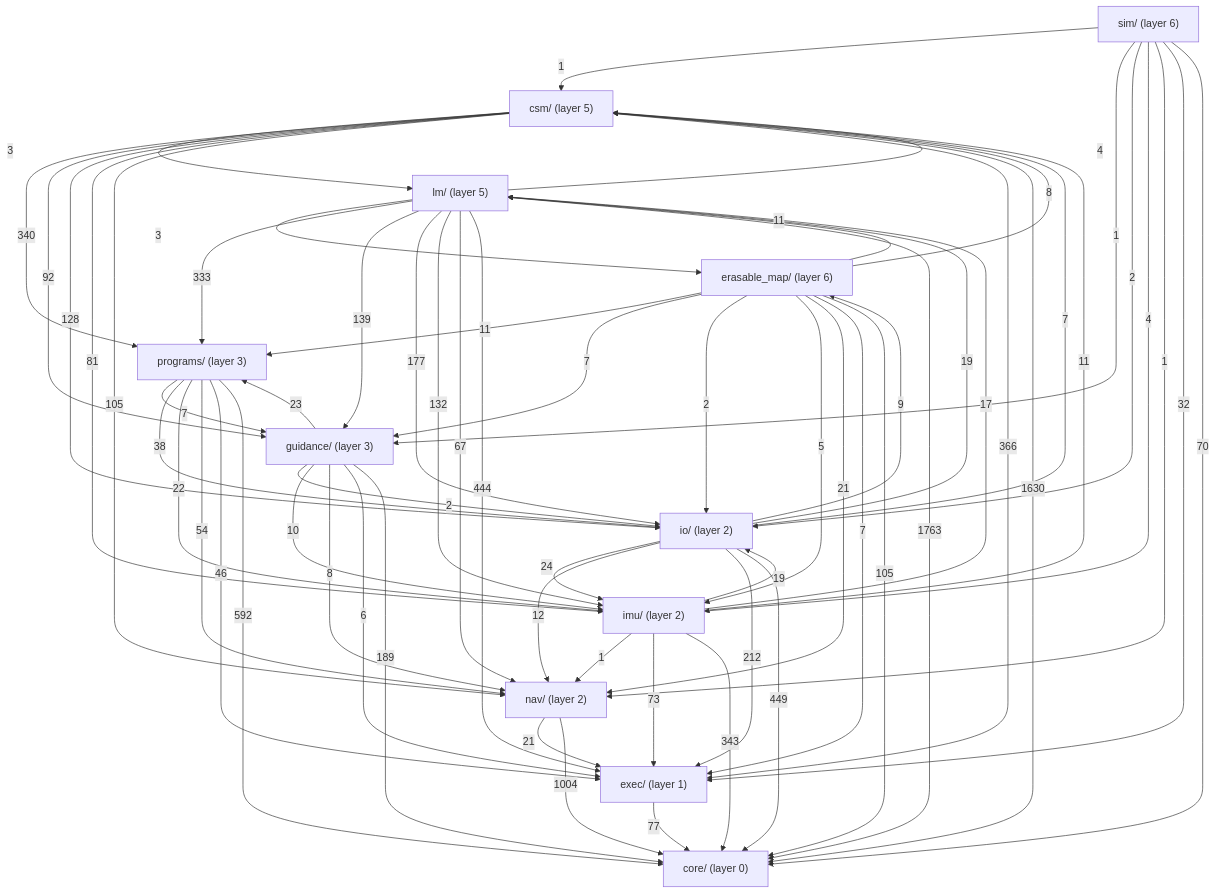
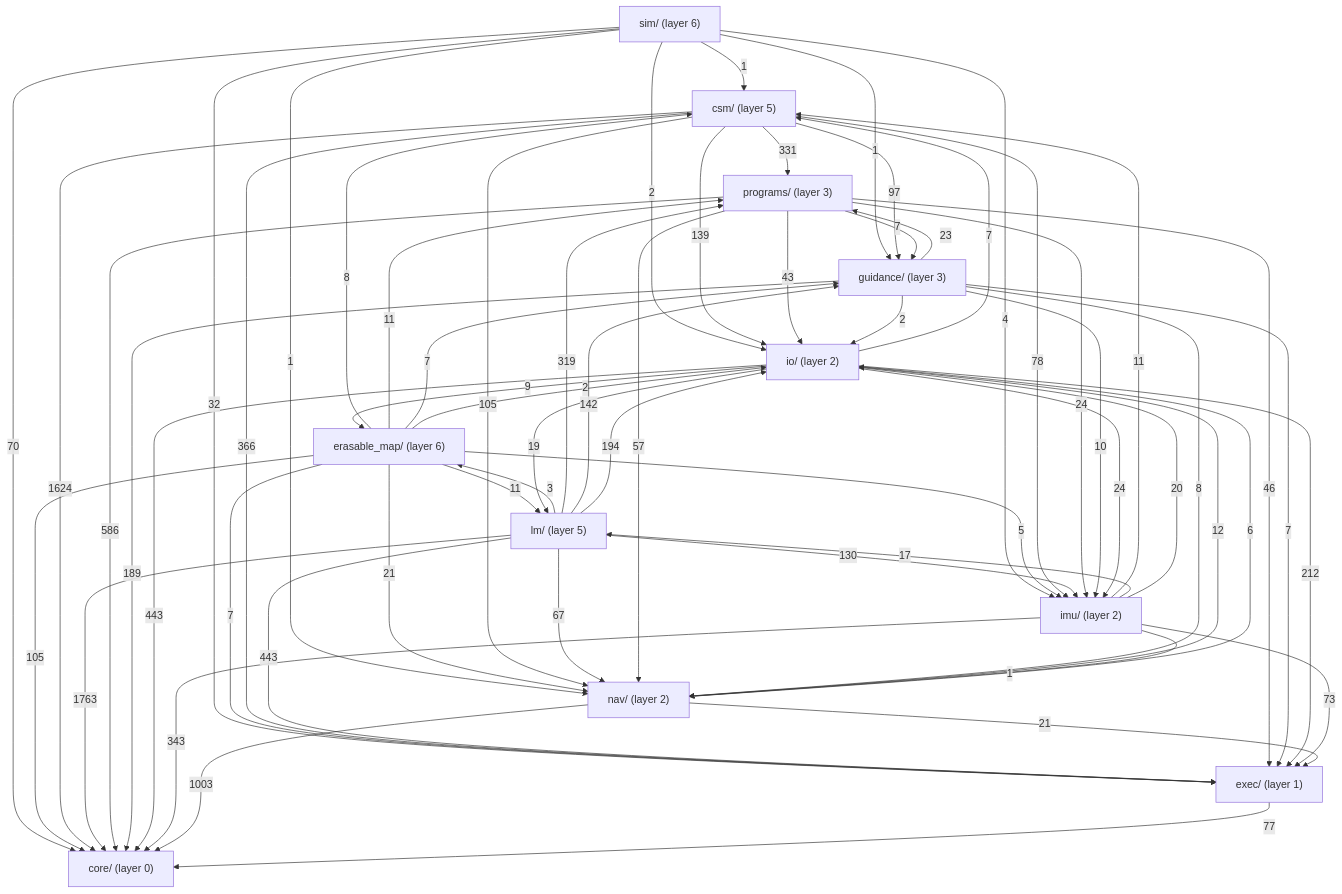
The second of 5 diagrams in docs/overview/README.md (bobjoe400/apollo-c), drawn with Mermaid before and after one commit. The commit also changed other lines of this file and 154 other files, not shown here.

````diff
--- a/docs/overview/README.md
+++ b/docs/overview/README.md
@@ -309,75 +309,74 @@
 ```mermaid
 flowchart TB
     sim["sim/ (layer 6)"]
     erasable_map["erasable_map/ (layer 6)"]
     csm["csm/ (layer 5)"]
     lm["lm/ (layer 5)"]
     programs["programs/ (layer 3)"]
     guidance["guidance/ (layer 3)"]
     io["io/ (layer 2)"]
     imu["imu/ (layer 2)"]
     nav["nav/ (layer 2)"]
     exec["exec/ (layer 1)"]
     core["core/ (layer 0)"]
     sim -->|1| csm
     sim -->|1| guidance
     sim -->|2| io
     sim -->|4| imu
     sim -->|1| nav
     sim -->|32| exec
     sim -->|70| core
     erasable_map -->|8| csm
     erasable_map -->|11| lm
     erasable_map -->|11| programs
     erasable_map -->|7| guidance
     erasable_map -->|2| io
     erasable_map -->|5| imu
     erasable_map -->|21| nav
     erasable_map -->|7| exec
     erasable_map -->|105| core
-    csm -->|3| lm
-    csm -->|340| programs
-    csm -->|92| guidance
-    csm -->|128| io
-    csm -->|81| imu
+    csm -->|331| programs
+    csm -->|97| guidance
+    csm -->|139| io
+    csm -->|78| imu
     csm -->|105| nav
     csm -->|366| exec
-    csm -->|1630| core
+    csm -->|1624| core
     lm -->|3| erasable_map
-    lm -->|4| csm
-    lm -->|333| programs
-    lm -->|139| guidance
-    lm -->|177| io
-    lm -->|132| imu
+    lm -->|319| programs
+    lm -->|142| guidance
+    lm -->|194| io
+    lm -->|130| imu
     lm -->|67| nav
-    lm -->|444| exec
+    lm -->|443| exec
     lm -->|1763| core
     programs -->|7| guidance
-    programs -->|38| io
-    programs -->|22| imu
-    programs -->|54| nav
+    programs -->|43| io
+    programs -->|24| imu
+    programs -->|57| nav
     programs -->|46| exec
-    programs -->|592| core
+    programs -->|586| core
     guidance -->|23| programs
     guidance -->|2| io
     guidance -->|10| imu
     guidance -->|8| nav
-    guidance -->|6| exec
+    guidance -->|7| exec
     guidance -->|189| core
     io -->|9| erasable_map
     io -->|7| csm
     io -->|19| lm
     io -->|24| imu
     io -->|12| nav
     io -->|212| exec
-    io -->|449| core
+    io -->|443| core
     imu -->|11| csm
     imu -->|17| lm
-    imu -->|19| io
+    imu -->|20| io
     imu -->|1| nav
     imu -->|73| exec
     imu -->|343| core
+    nav -->|6| io
     nav -->|21| exec
-    nav -->|1004| core
+    nav -->|1003| core
     exec -->|77| core
 ```
````
